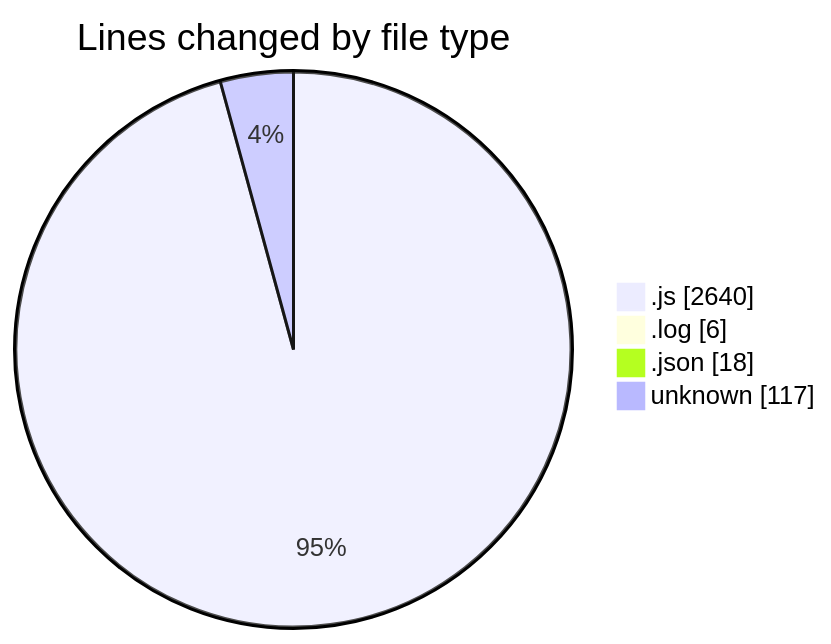
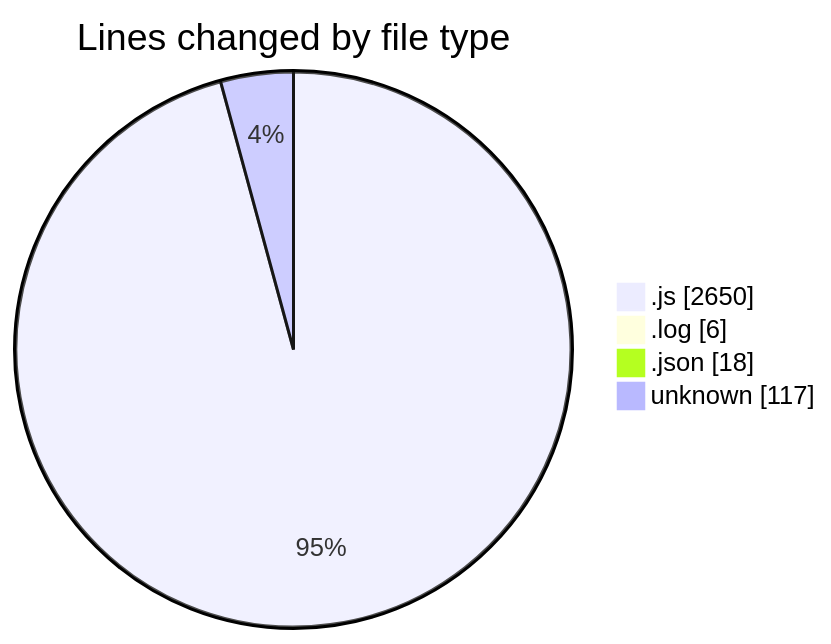
Before and after one commit to BS-eng2023/code-tracking: the first of 2 diagrams in 2025-03-31/jsvms/README.md, drawn with Mermaid. The commit also changed other lines of this file and 1 other file, not shown here.

````diff
--- a/2025-03-31/jsvms/README.md
+++ b/2025-03-31/jsvms/README.md
@@ -49,8 +49,8 @@
 ```mermaid
 pie showData
 title Lines changed by file type
-".js" : 2640
+".js" : 2650
 ".log" : 6
 ".json" : 18
 "unknown" : 117
 ```
````
